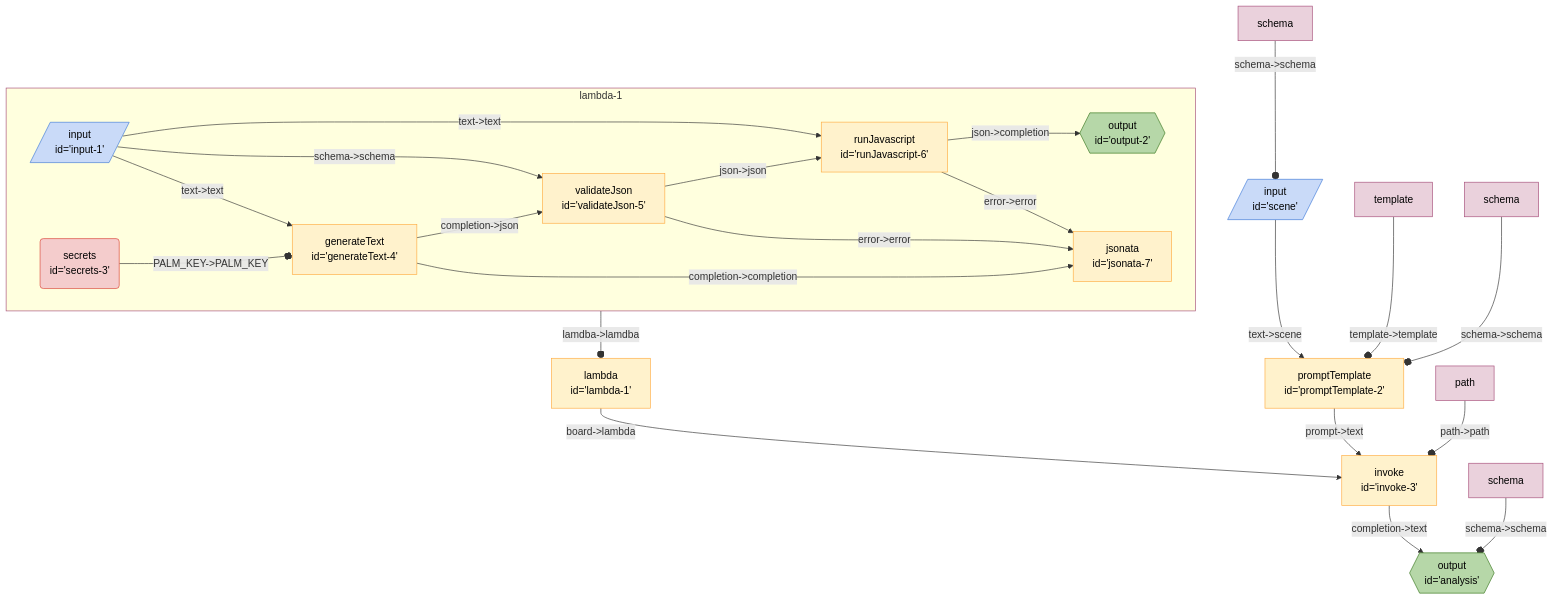
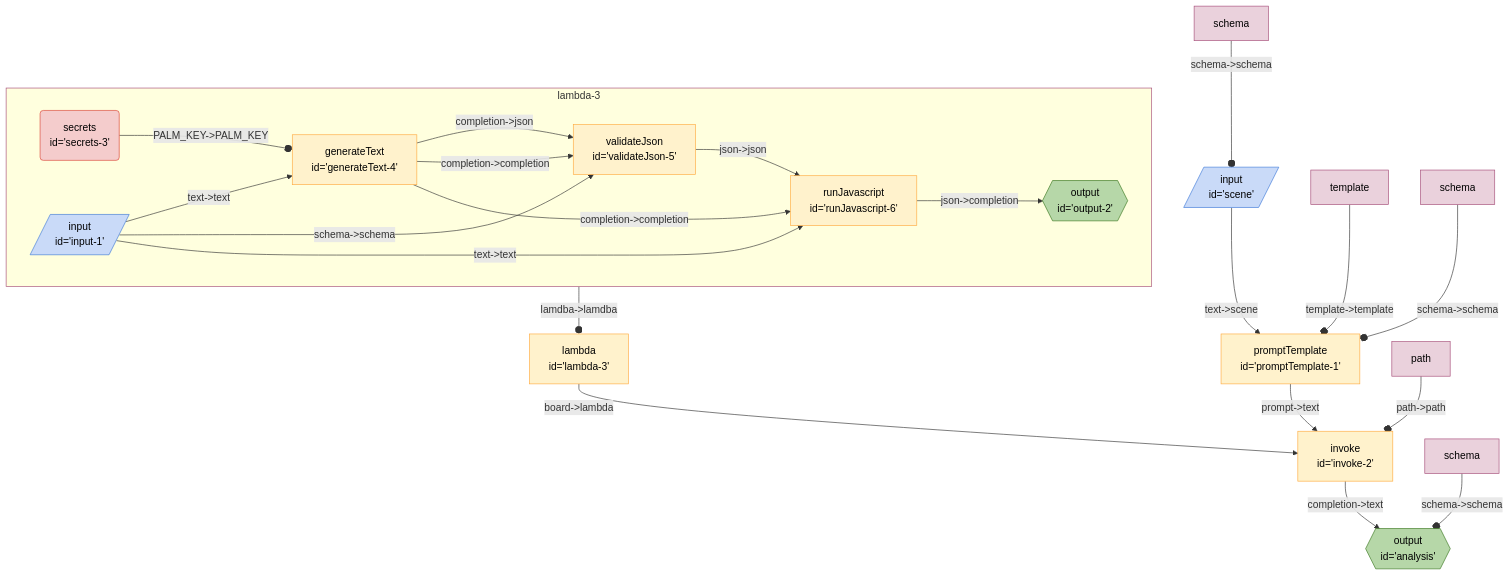
The diagram in seeds/graph-playground/docs/graphs/relationship-json.md (breadboard-ai/breadboard), drawn with Mermaid before and after one commit. The commit also changed 14 other files, not shown here.

Commit message:
[lambda] make validateJson emit $error

````diff
--- a/seeds/graph-playground/docs/graphs/relationship-json.md
+++ b/seeds/graph-playground/docs/graphs/relationship-json.md
@@ -5,43 +5,40 @@
   ```mermaid
   %%{init: 'themeVariables': { 'fontFamily': 'Fira Code, monospace' }}%%
 graph TD;
-lambda1["lambda <br> id='lambda-1'"] -- "board->lambda" --> invoke3["invoke <br> id='invoke-3'"]
-subgraph sg_lambda1 [lambda-1]
-lambda1_secrets3("secrets <br> id='secrets-3'"):::secrets -- "PALM_KEY->PALM_KEY" --o lambda1_generateText4["generateText <br> id='generateText-4'"]
-lambda1_input1[/"input <br> id='input-1'"/]:::input -- "text->text" --> lambda1_generateText4["generateText <br> id='generateText-4'"]
-lambda1_generateText4["generateText <br> id='generateText-4'"] -- "completion->json" --> lambda1_validateJson5["validateJson <br> id='validateJson-5'"]
-lambda1_runJavascript6["runJavascript <br> id='runJavascript-6'"] -- "json->completion" --> lambda1_output2{{"output <br> id='output-2'"}}:::output
-lambda1_validateJson5["validateJson <br> id='validateJson-5'"] -- "json->json" --> lambda1_runJavascript6["runJavascript <br> id='runJavascript-6'"]
-lambda1_input1[/"input <br> id='input-1'"/]:::input -- "text->text" --> lambda1_runJavascript6["runJavascript <br> id='runJavascript-6'"]
-lambda1_generateText4["generateText <br> id='generateText-4'"] -- "completion->completion" --> lambda1_jsonata7["jsonata <br> id='jsonata-7'"]
-lambda1_input1[/"input <br> id='input-1'"/]:::input -- "schema->schema" --> lambda1_validateJson5["validateJson <br> id='validateJson-5'"]
-lambda1_validateJson5["validateJson <br> id='validateJson-5'"] -- "error->error" --> lambda1_jsonata7["jsonata <br> id='jsonata-7'"]
-lambda1_runJavascript6["runJavascript <br> id='runJavascript-6'"] -- "error->error" --> lambda1_jsonata7["jsonata <br> id='jsonata-7'"]
-
-
+lambda3["lambda <br> id='lambda-3'"] -- "board->lambda" --> invoke2["invoke <br> id='invoke-2'"]
+subgraph sg_lambda3 [lambda-3]
+lambda3_secrets3("secrets <br> id='secrets-3'"):::secrets -- "PALM_KEY->PALM_KEY" --o lambda3_generateText4["generateText <br> id='generateText-4'"]
+lambda3_input1[/"input <br> id='input-1'"/]:::input -- "text->text" --> lambda3_generateText4["generateText <br> id='generateText-4'"]
+lambda3_generateText4["generateText <br> id='generateText-4'"] -- "completion->json" --> lambda3_validateJson5["validateJson <br> id='validateJson-5'"]
+lambda3_input1[/"input <br> id='input-1'"/]:::input -- "schema->schema" --> lambda3_validateJson5["validateJson <br> id='validateJson-5'"]
+lambda3_validateJson5["validateJson <br> id='validateJson-5'"] -- "json->json" --> lambda3_runJavascript6["runJavascript <br> id='runJavascript-6'"]
+lambda3_input1[/"input <br> id='input-1'"/]:::input -- "text->text" --> lambda3_runJavascript6["runJavascript <br> id='runJavascript-6'"]
+lambda3_runJavascript6["runJavascript <br> id='runJavascript-6'"] -- "json->completion" --> lambda3_output2{{"output <br> id='output-2'"}}:::output
+lambda3_generateText4["generateText <br> id='generateText-4'"] -- "completion->completion" --> lambda3_validateJson5["validateJson <br> id='validateJson-5'"]
+lambda3_generateText4["generateText <br> id='generateText-4'"] -- "completion->completion" --> lambda3_runJavascript6["runJavascript <br> id='runJavascript-6'"]
 
 
 
 
 
 end
-sg_lambda1:::slotted -- "lamdba->lamdba" --o lambda1
+sg_lambda3:::slotted -- "lamdba->lamdba" --o lambda3
 
-invoke3["invoke <br> id='invoke-3'"] -- "completion->text" --> analysis{{"output <br> id='analysis'"}}:::output
-promptTemplate2["promptTemplate <br> id='promptTemplate-2'"] -- "prompt->text" --> invoke3["invoke <br> id='invoke-3'"]
-scene[/"input <br> id='scene'"/]:::input -- "text->scene" --> promptTemplate2["promptTemplate <br> id='promptTemplate-2'"]
+invoke2["invoke <br> id='invoke-2'"] -- "completion->text" --> analysis{{"output <br> id='analysis'"}}:::output
+promptTemplate1["promptTemplate <br> id='promptTemplate-1'"] -- "prompt->text" --> invoke2["invoke <br> id='invoke-2'"]
+scene[/"input <br> id='scene'"/]:::input -- "text->scene" --> promptTemplate1["promptTemplate <br> id='promptTemplate-1'"]
+schemascene[schema]:::config -- "schema->schema" --o scene
+templatepromptTemplate1[template]:::config -- "template->template" --o promptTemplate1
+schemapromptTemplate1[schema]:::config -- "schema->schema" --o promptTemplate1
+pathinvoke2[path]:::config -- "path->path" --o invoke2
 
-schemascene[schema]:::config -- "schema->schema" --o scene
-templatepromptTemplate2[template]:::config -- "template->template" --o promptTemplate2
-schemapromptTemplate2[schema]:::config -- "schema->schema" --o promptTemplate2
-pathinvoke3[path]:::config -- "path->path" --o invoke3
 schemaanalysis[schema]:::config -- "schema->schema" --o analysis
 classDef default stroke:#ffab40,fill:#fff2ccff,color:#000
 classDef input stroke:#3c78d8,fill:#c9daf8ff,color:#000
 classDef output stroke:#38761d,fill:#b6d7a8ff,color:#000
 classDef passthrough stroke:#a64d79,fill:#ead1dcff,color:#000
 classDef slot stroke:#a64d79,fill:#ead1dcff,color:#000
 classDef config stroke:#a64d79,fill:#ead1dcff,color:#000
 classDef secrets stroke:#db4437,fill:#f4cccc,color:#000
 classDef slotted stroke:#a64d79
   ```
````
